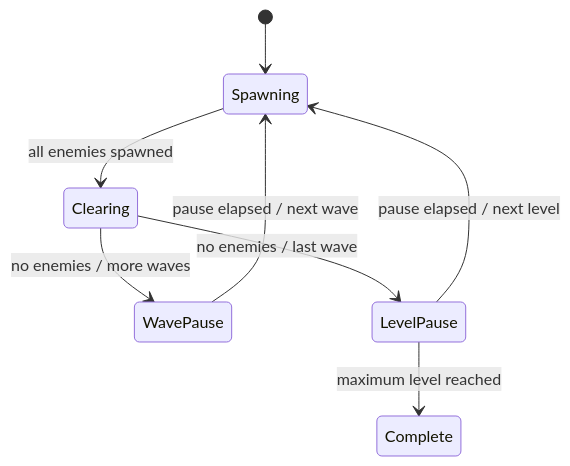
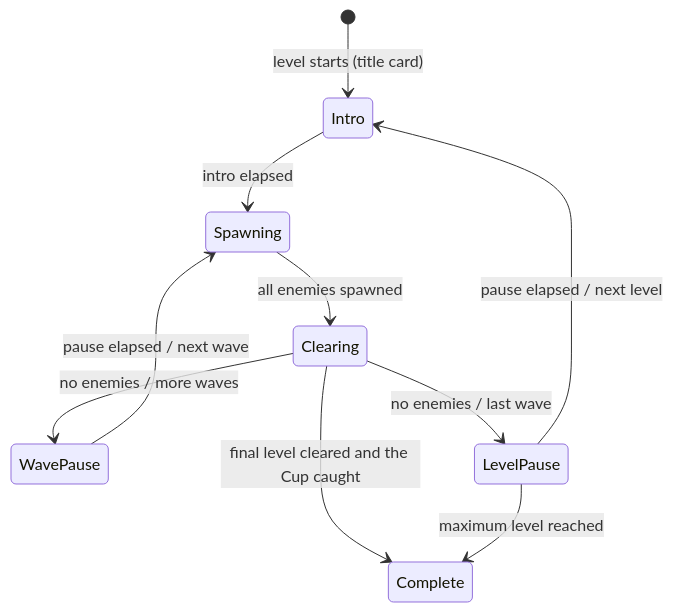
Before and after one commit to danbmg/rtype: the diagram in docs/levels.md, drawn with Mermaid. The commit also changed other lines of this file and 18 other files, not shown here.

````diff
--- a/docs/levels.md
+++ b/docs/levels.md
@@ -22,10 +17,12 @@
 ```mermaid
 stateDiagram-v2
-    [*] --> Spawning
+    [*] --> Intro: level starts (title card)
+    Intro --> Spawning: intro elapsed
     Spawning --> Clearing: all enemies spawned
     Clearing --> WavePause: no enemies / more waves
     WavePause --> Spawning: pause elapsed / next wave
     Clearing --> LevelPause: no enemies / last wave
-    LevelPause --> Spawning: pause elapsed / next level
+    LevelPause --> Intro: pause elapsed / next level
+    Clearing --> Complete: final level cleared and the Cup caught
     LevelPause --> Complete: maximum level reached
 ```
````
